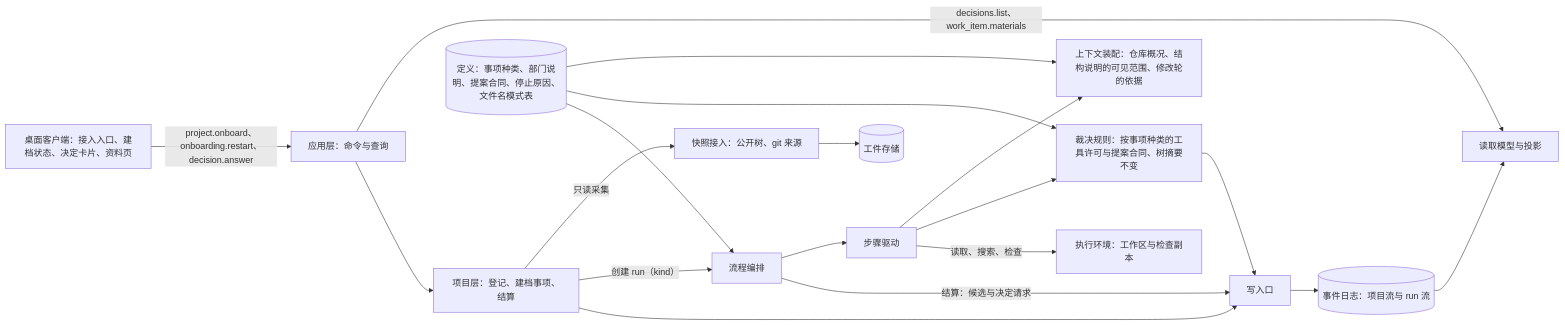
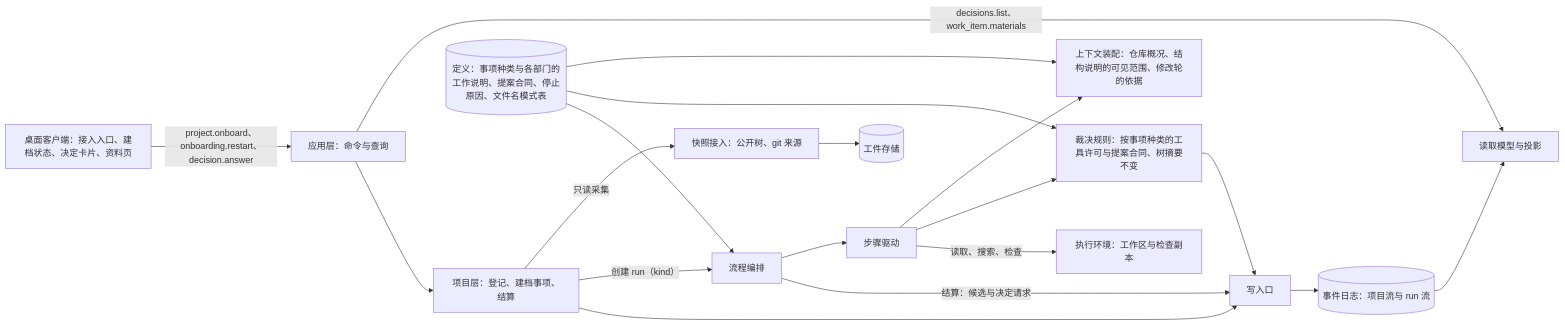
Before and after one commit to bender2333/yudao: the third of 3 diagrams in docs/design/existing-project-onboarding.md, drawn with Mermaid. The commit also changed other lines of this file and 18 other files, not shown here.

````diff
--- a/docs/design/existing-project-onboarding.md
+++ b/docs/design/existing-project-onboarding.md
@@ -260,21 +260,21 @@
 ```mermaid
 flowchart LR
   Client["桌面客户端：接入入口、建档状态、决定卡片、资料页"] -->|"project.onboard、onboarding.restart、decision.answer"| App["应用层：命令与查询"]
   App -->|"decisions.list、work_item.materials"| Read["读取模型与投影"]
   App --> Proj["项目层：登记、建档事项、结算"]
   Proj -->|"只读采集"| Snap["快照接入：公开树、git 来源"]
   Snap --> Store[("工件存储")]
   Proj -->|"创建 run（kind）"| Orch["流程编排"]
   Orch --> Step["步骤驱动"]
   Step --> P["上下文装配：仓库概况、结构说明的可见范围、修改轮的依据"]
   Step --> U["裁决规则：按事项种类的工具许可与提案合同、树摘要不变"]
-  Defs[("定义：事项种类、部门说明、提案合同、停止原因、文件名模式表")] --> P
+  Defs[("定义：事项种类与各部门的工作说明、提案合同、停止原因、文件名模式表")] --> P
   Defs --> U
   Defs --> Orch
   Step -->|"读取、搜索、检查"| Env["执行环境：工作区与检查副本"]
   Orch -->|"结算：候选与决定请求"| Wr["写入口"]
   Proj --> Wr
   U --> Wr
   Wr --> Log[("事件日志：项目流与 run 流")]
   Log --> Read
 ```
````
